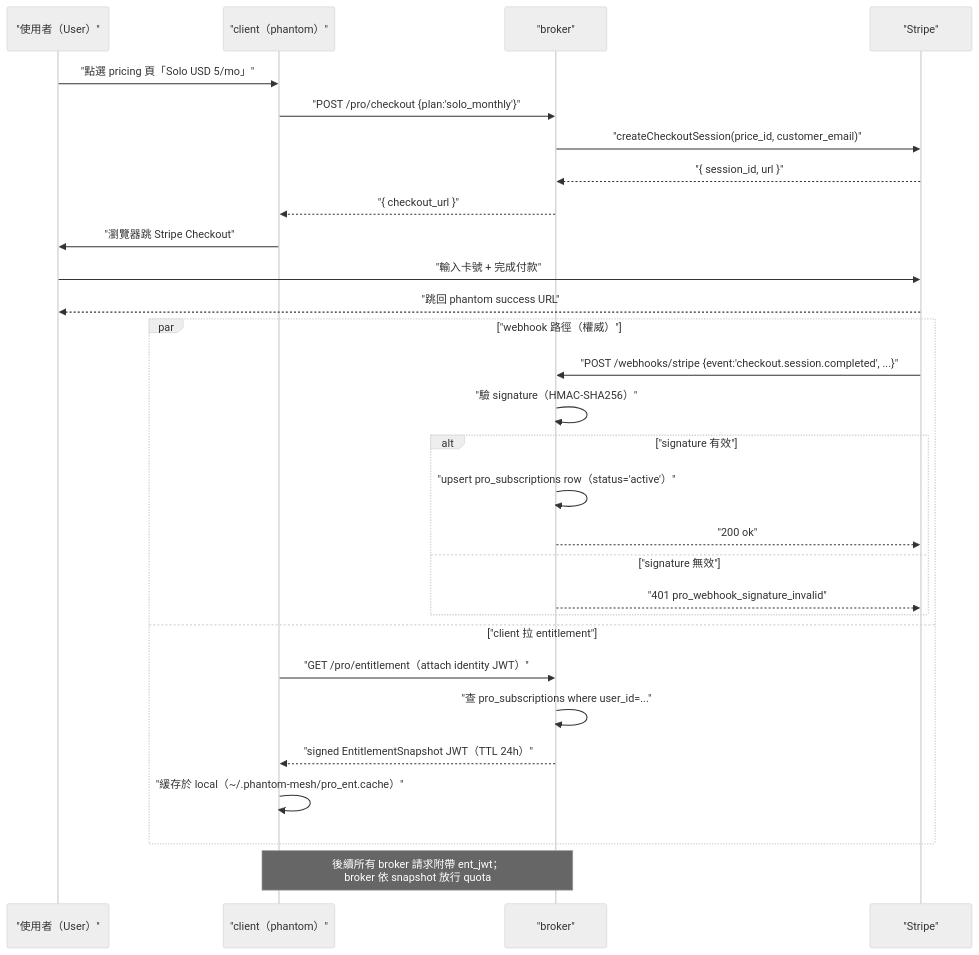
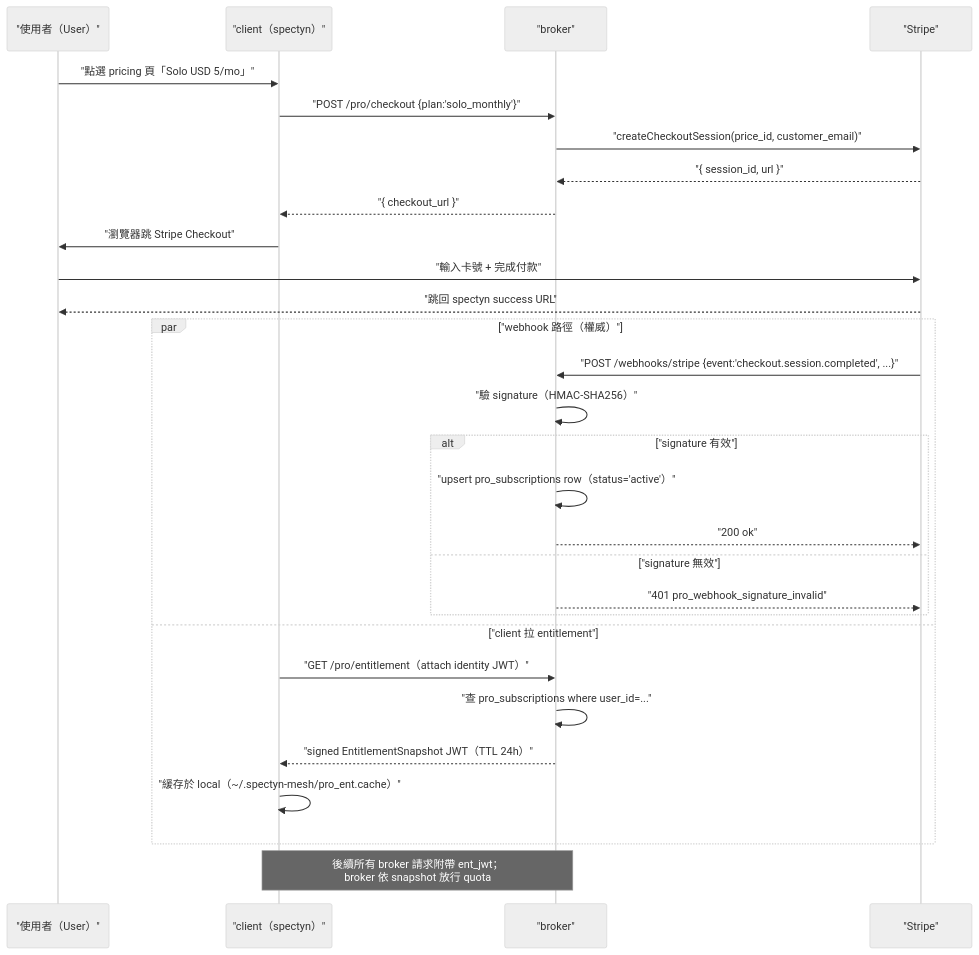
Before and after one commit to markl-a/phantom-mesh: the second of 3 diagrams in docs/spec/history/2026-05-30/deferred/SPEC-72-EXP-paid-broker.md, drawn with Mermaid (neutral theme). The commit also changed other lines of this file and 1245 other files, not shown here.

First line of the commit message:
rename: phantom -> spectyn across the public tree

````diff
--- a/docs/spec/history/2026-05-30/deferred/SPEC-72-EXP-paid-broker.md
+++ b/docs/spec/history/2026-05-30/deferred/SPEC-72-EXP-paid-broker.md
@@ -218,32 +218,32 @@
 ```mermaid
 sequenceDiagram
     participant U as "使用者（User）"
-    participant C as "client（phantom）"
+    participant C as "client（spectyn）"
     participant B as "broker"
     participant S as "Stripe"
 
     U->>C: "點選 pricing 頁「Solo USD 5/mo」"
     C->>B: "POST /pro/checkout {plan:'solo_monthly'}"
     B->>S: "createCheckoutSession(price_id, customer_email)"
     S-->>B: "{ session_id, url }"
     B-->>C: "{ checkout_url }"
     C->>U: "瀏覽器跳 Stripe Checkout"
     U->>S: "輸入卡號 + 完成付款"
-    S-->>U: "跳回 phantom success URL"
+    S-->>U: "跳回 spectyn success URL"
     par "webhook 路徑（權威）"
         S->>B: "POST /webhooks/stripe {event:'checkout.session.completed', ...}"
         B->>B: "驗 signature（HMAC-SHA256）"
         alt "signature 有效"
             B->>B: "upsert pro_subscriptions row（status='active'）"
             B-->>S: "200 ok"
         else "signature 無效"
             B-->>S: "401 pro_webhook_signature_invalid"
         end
     and "client 拉 entitlement"
         C->>B: "GET /pro/entitlement（attach identity JWT）"
         B->>B: "查 pro_subscriptions where user_id=..."
         B-->>C: "signed EntitlementSnapshot JWT（TTL 24h）"
-        C->>C: "緩存於 local（~/.phantom-mesh/pro_ent.cache）"
+        C->>C: "緩存於 local（~/.spectyn-mesh/pro_ent.cache）"
     end
     Note over C,B: 後續所有 broker 請求附帶 ent_jwt；<br/>broker 依 snapshot 放行 quota
 ```
````
